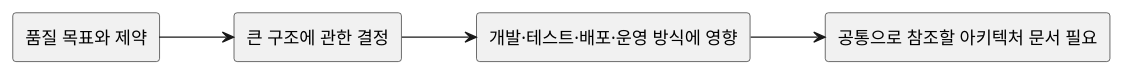
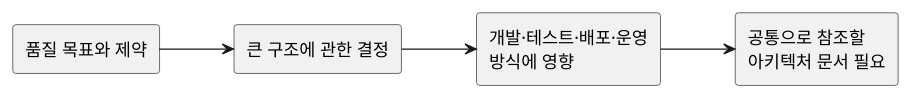
The diagram in ARCHITECTURE_DOCUMENTATION_STUDY.md (boram1288/test-s), drawn with PlantUML before and after one commit.

Commit message:
PlantUML 후반 노드 라벨을 두 줄로 조정

````diff
--- a/ARCHITECTURE_DOCUMENTATION_STUDY.md
+++ b/ARCHITECTURE_DOCUMENTATION_STUDY.md
@@ -17,14 +17,14 @@
 ```plantuml
 @startuml
 left to right direction
 
 rectangle "품질 목표와 제약" as QualityGoals
 rectangle "큰 구조에 관한 결정" as ArchitectureDecision
-rectangle "개발·테스트·배포·운영 방식에 영향" as WorkImpact
-rectangle "공통으로 참조할 아키텍처 문서 필요" as DocumentationNeed
+rectangle "개발·테스트·배포·운영\n방식에 영향" as WorkImpact
+rectangle "공통으로 참조할\n아키텍처 문서 필요" as DocumentationNeed
 
 QualityGoals --> ArchitectureDecision
 ArchitectureDecision --> WorkImpact
 WorkImpact --> DocumentationNeed
 @enduml
 ```
````
